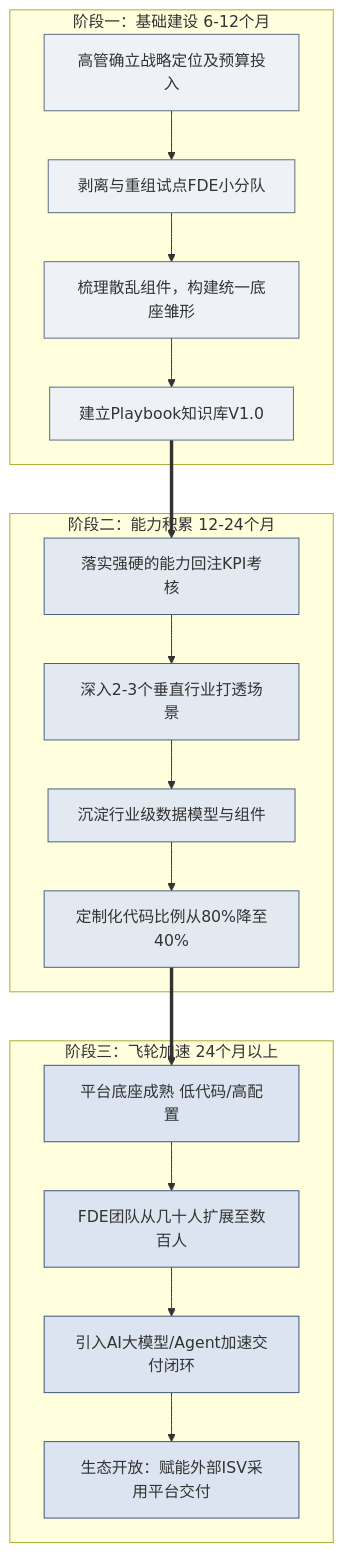
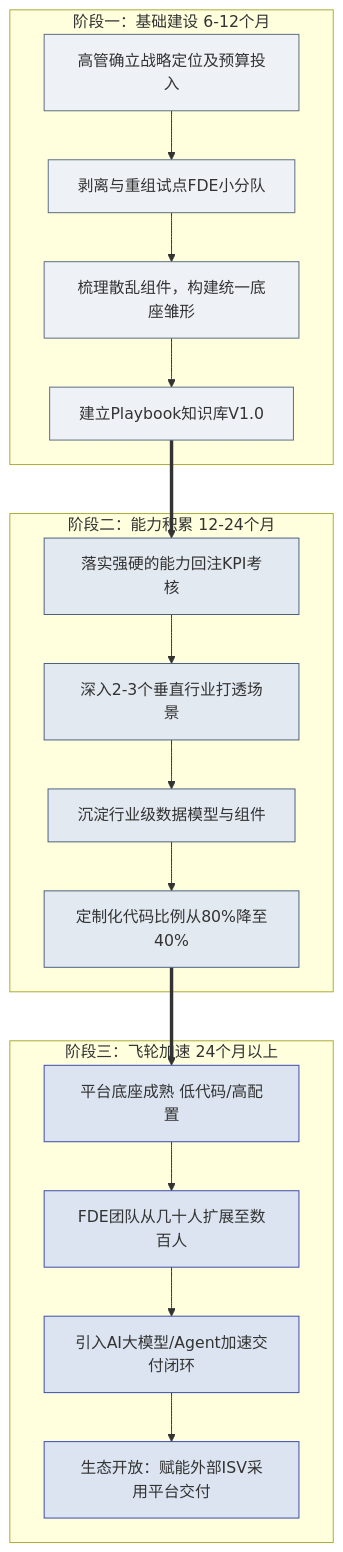
One commit to cloudzun/fde-course changed the diagram in textbook/第14章_中国区FDE转型的五大挑战与应对.md. Above: the diagram before and after it, drawn with Mermaid. The commit also changed other lines of this file and 12 other files, not shown here.

Commit message:
style: 全库21张mermaid图规范化——节点ID语义化+品牌色统一+补齐图注，第11章新增反馈环路图

````diff
--- a/textbook/第14章_中国区FDE转型的五大挑战与应对.md
+++ b/textbook/第14章_中国区FDE转型的五大挑战与应对.md
@@ -143,36 +143,36 @@
 ```mermaid
 graph TD
     subgraph p1["阶段一：基础建设 6-12个月"]
         A1["高管确立战略定位及预算投入"]
         A2["剥离与重组试点FDE小分队"]
         A3["梳理散乱组件，构建统一底座雏形"]
         A4["建立Playbook知识库V1.0"]
     end
 
     subgraph p2["阶段二：能力积累 12-24个月"]
         B1["落实强硬的能力回注KPI考核"]
         B2["深入2-3个垂直行业打透场景"]
         B3["沉淀行业级数据模型与组件"]
         B4["定制化代码比例从80%降至40%"]
     end
 
     subgraph p3["阶段三：飞轮加速 24个月以上"]
         C1["平台底座成熟 低代码/高配置"]
         C2["FDE团队从几十人扩展至数百人"]
         C3["引入AI大模型/Agent加速交付闭环"]
         C4["生态开放：赋能外部ISV采用平台交付"]
     end
 
     A1 --> A2 --> A3 --> A4
     A4 ==> B1
     B1 --> B2 --> B3 --> B4
     B4 ==> C1
     C1 --> C2 --> C3 --> C4
 
     classDef s1 fill:#eef2f7,stroke:#5a6b7f;
     classDef s2 fill:#e3e9f1,stroke:#4a5f7d;
-    classDef s3 fill:#dbe4f0,stroke:#3a5578;
+    classDef s3 fill:#dbe4f0,stroke:#3949ab;
     class A1,A2,A3,A4 s1;
     class B1,B2,B3,B4 s2;
     class C1,C2,C3,C4 s3;
 ```
````
